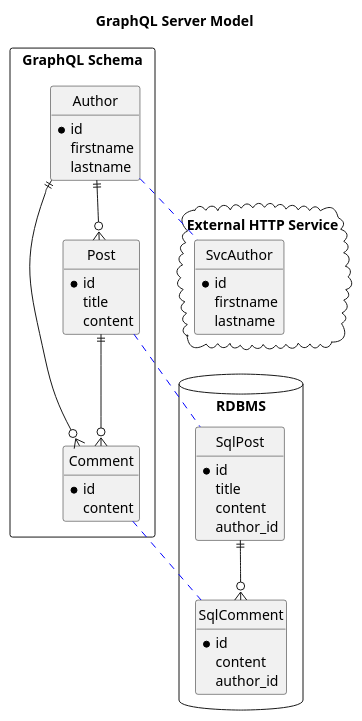
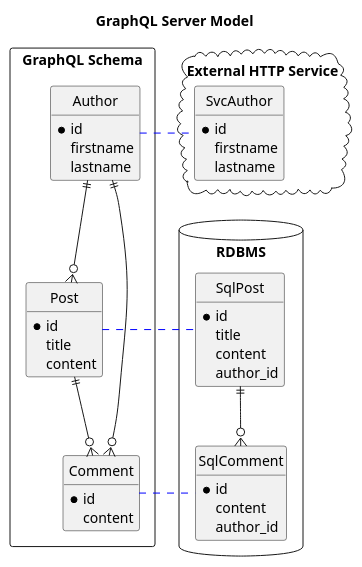
One commit to MThomassen/graphql-server-benchmark-absinthe changed the diagram in schema.plantuml. Above: the diagram before and after it, drawn with PlantUML. The commit also changed 1 other file, not shown here.

Commit message:
Cleanup PlantUML Diagram

```diff
--- a/schema.plantuml
+++ b/schema.plantuml
@@ -1,62 +1,60 @@
 @startuml
 
 hide circle
 hide empty members
 
 title GraphQL Server Model
 
 package "GraphQL Schema" <<Rectangle>> {
    entity Author {
       * id
       firstname
       lastname
    }
 
    entity Post {
       * id
       title
       content
    }
 
    entity Comment {
       * id
       content
    }
 
    Author ||--o{ Post
    Author ||--o{ Comment
    Post ||--o{ Comment
 }
 
 package "External HTTP Service" <<Cloud>> {
    entity SvcAuthor {
       * id
       firstname
       lastname
    }
 }
 
 package "RDBMS" <<Database>> {
    entity SqlPost {
       * id
       title
       content
       author_id
    }
 
    entity SqlComment {
       * id
       content
       author_id
    }
 
    SqlPost ||--o{ SqlComment
 }
 
-Author .[#blue]. SvcAuthor
-Post .[#blue]. SqlPost
-Comment .[#blue]. SqlComment
-
-
+Author .[#blue] SvcAuthor
+Post .[#blue] SqlPost
+Comment .[#blue] SqlComment
 
 @enduml
```
